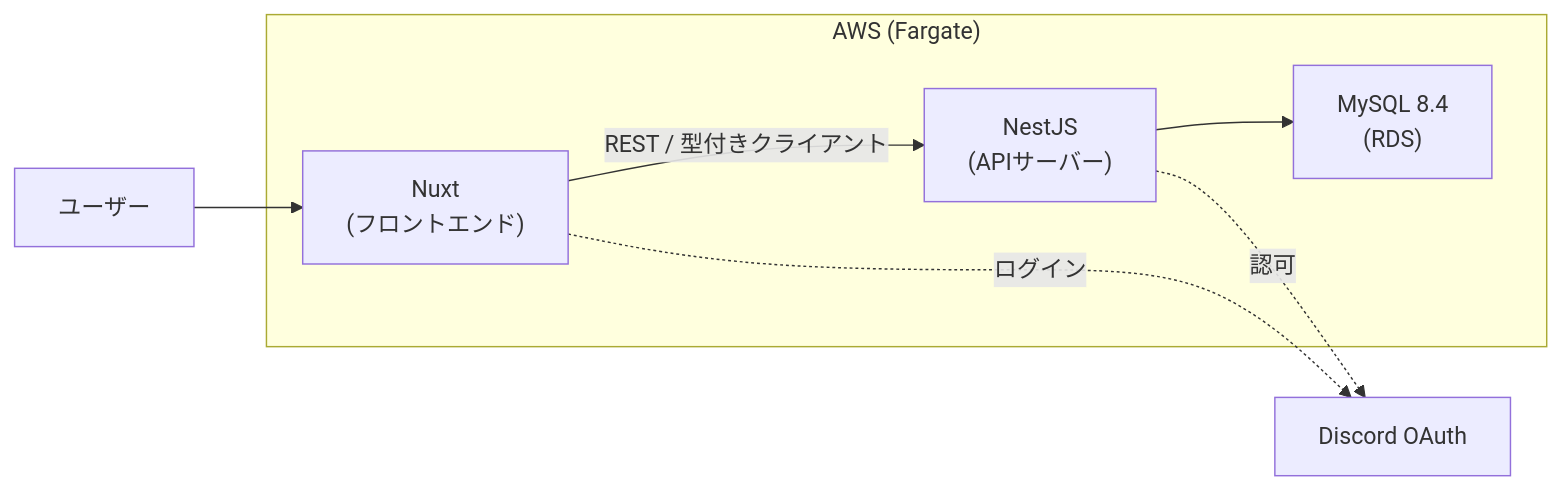
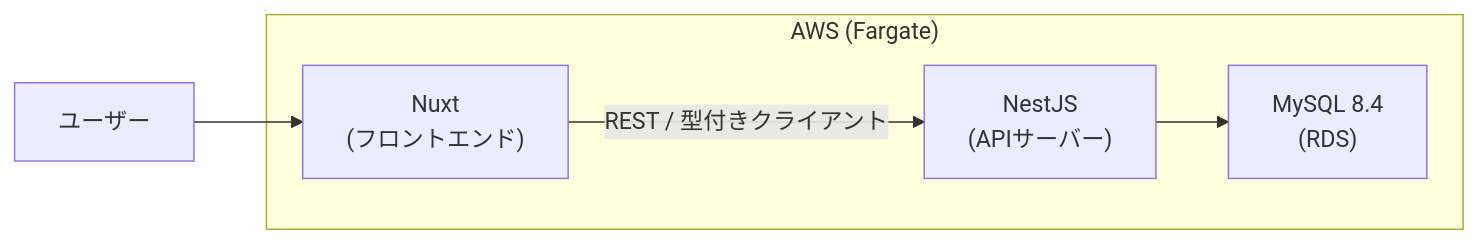
The first of 3 diagrams in src/content/blog/ff14-party-finder-kickoff.md (inoue-takaaki/devlog), drawn with Mermaid before and after one commit. The commit also changed other lines of this file and 7 other files, not shown here.

````diff
--- a/src/content/blog/ff14-party-finder-kickoff.md
+++ b/src/content/blog/ff14-party-finder-kickoff.md
@@ -51,13 +55,11 @@
 ```mermaid
 flowchart LR
   User["ユーザー"] --> Web["Nuxt<br/>(フロントエンド)"]
   Web -->|REST / 型付きクライアント| Api["NestJS<br/>(APIサーバー)"]
   Api --> DB["MySQL 8.4<br/>(RDS)"]
-  Web -.->|ログイン| Discord["Discord OAuth"]
-  Api -.->|認可| Discord
   subgraph AWS["AWS (Fargate)"]
     Web
     Api
     DB
   end
 ```
````
